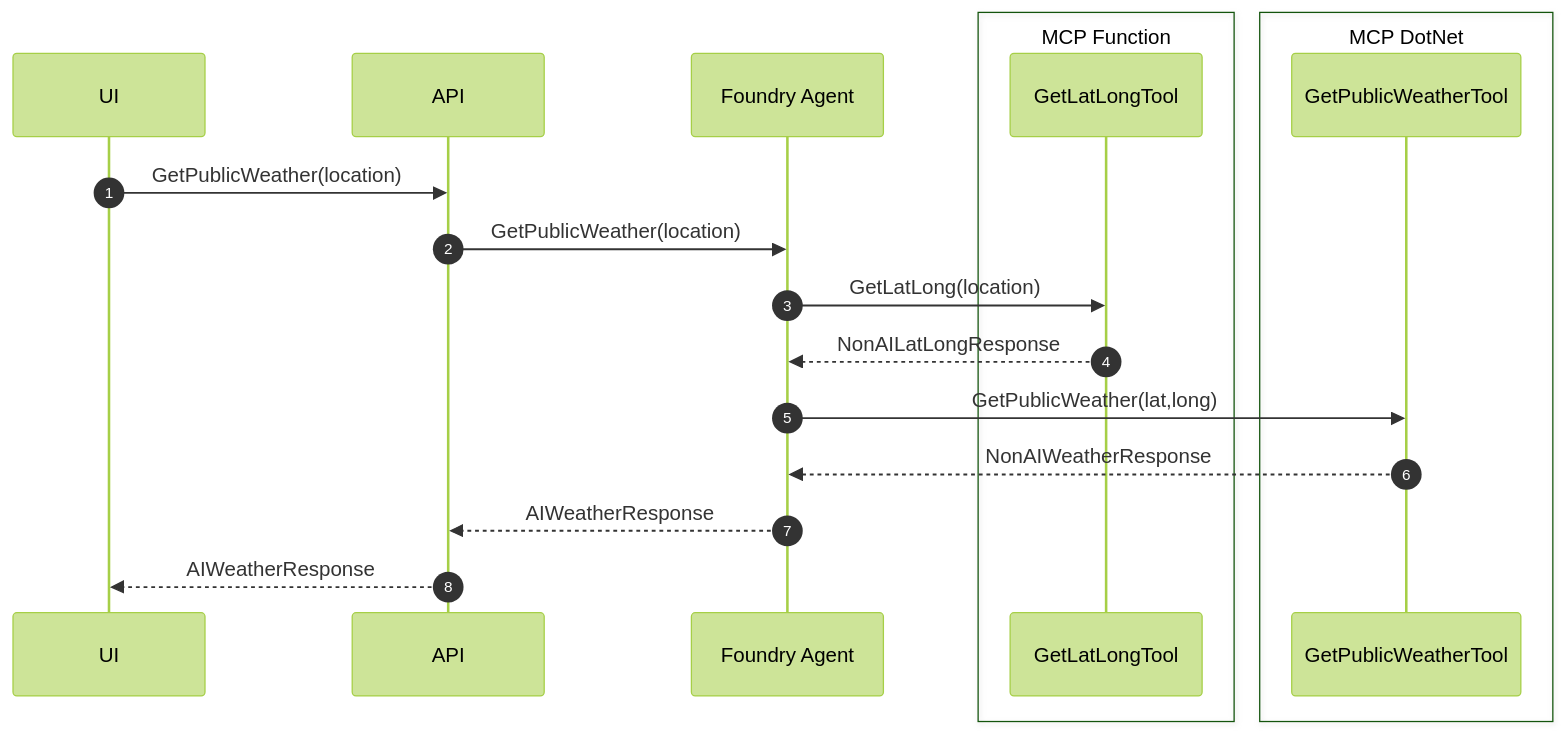
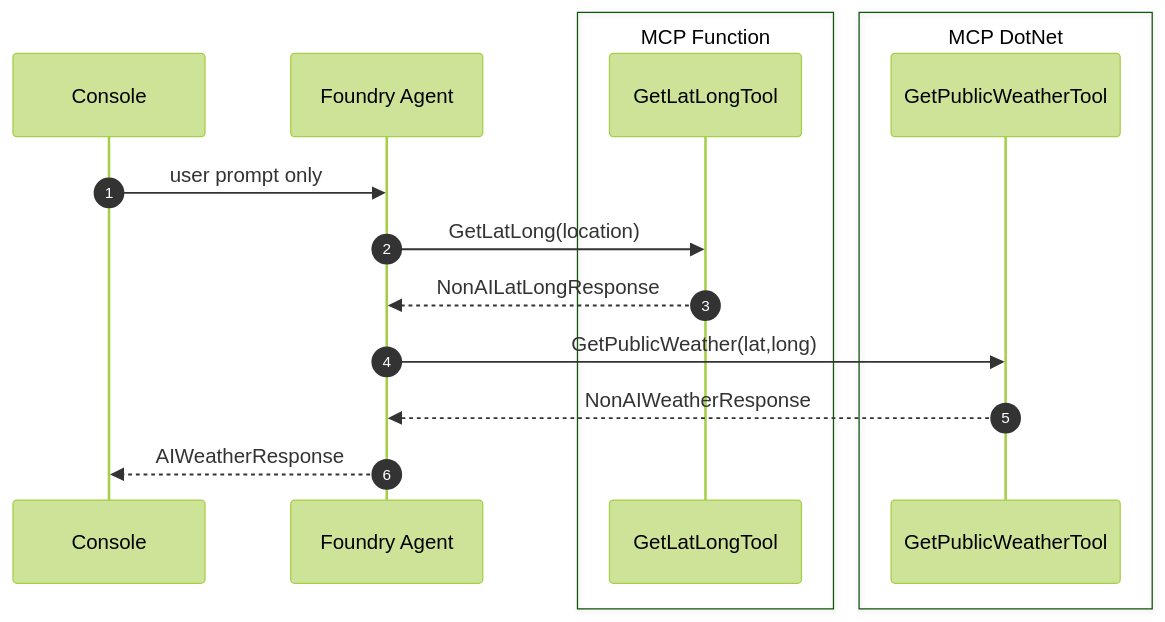
Before and after one commit to dustinkorzaan/weather-1116: the fifth of 36 diagrams in docs/4-demystifying-foundry-agents-mcp/demystifying-foundry-agents-mcp.md, drawn with Mermaid (forest theme). The commit also changed other lines of this file and 14 other files, not shown here.

````diff
--- a/docs/4-demystifying-foundry-agents-mcp/demystifying-foundry-agents-mcp.md
+++ b/docs/4-demystifying-foundry-agents-mcp/demystifying-foundry-agents-mcp.md
@@ -110,22 +132,19 @@
   ```mermaid
   sequenceDiagram
       autonumber
-      participant UI
-      participant API
+      participant Console
       participant Agent as Foundry Agent
       box MCP Function
           participant GetLatLongTool
       end
       box MCP DotNet
           participant GetPublicWeatherTool
       end
 
-      UI->>API: GetPublicWeather(location)
-      API->>Agent: GetPublicWeather(location)
+      Console->>Agent: user prompt only
       Agent->>GetLatLongTool: GetLatLong(location)
       GetLatLongTool-->>Agent: NonAILatLongResponse
       Agent->>GetPublicWeatherTool: GetPublicWeather(lat,long)
       GetPublicWeatherTool-->>Agent: NonAIWeatherResponse
-      Agent-->>API: AIWeatherResponse
-      API-->>UI: AIWeatherResponse
+      Agent-->>Console: AIWeatherResponse
   ```
````
